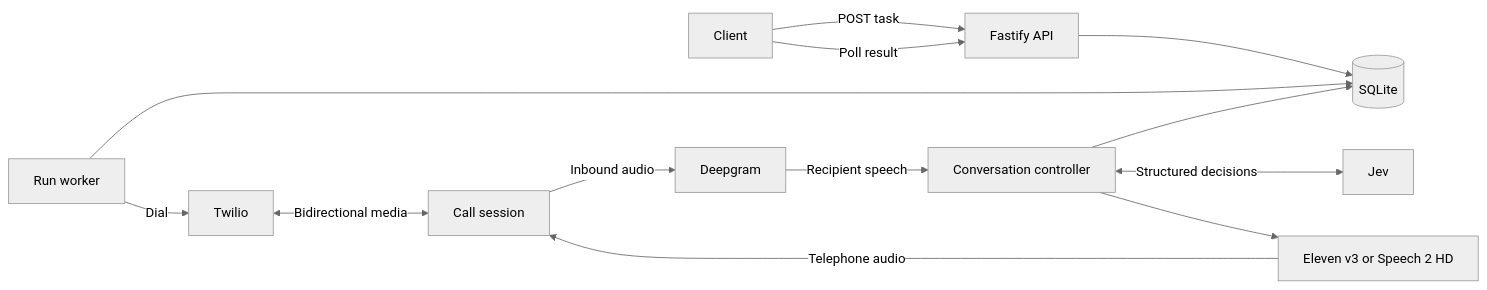
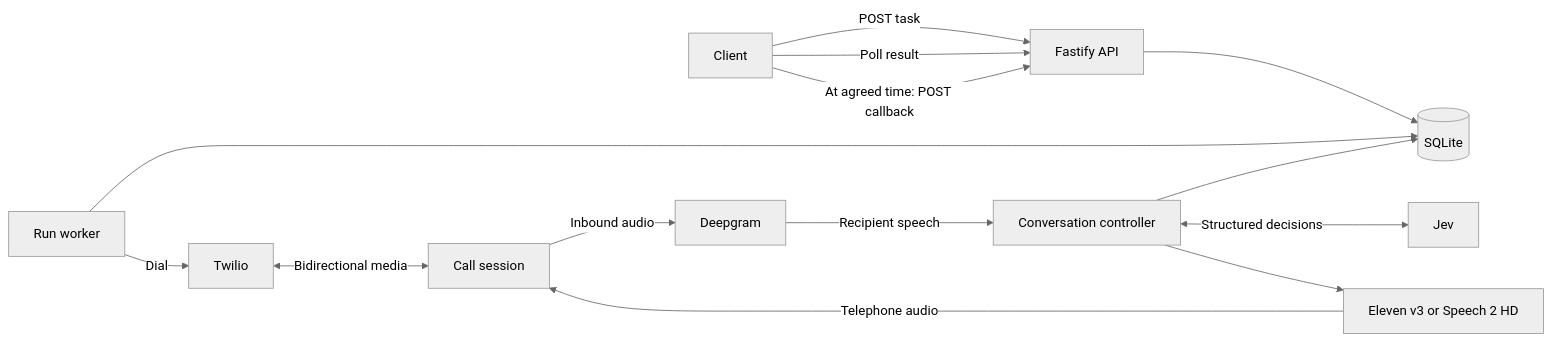
Before and after one commit to RohitJacob/yapper: the diagram in docs/architecture.md, drawn with Mermaid (neutral theme). The commit also changed other lines of this file and 20 other files, not shown here.

````diff
--- a/docs/architecture.md
+++ b/docs/architecture.md
@@ -5,15 +5,16 @@
 ```mermaid
 flowchart LR
   Client -->|POST task| API[Fastify API]
   API --> DB[(SQLite)]
   Worker[Run worker] --> DB
   Worker -->|Dial| Twilio
   Twilio <-->|Bidirectional media| Session[Call session]
   Session -->|Inbound audio| Deepgram
   Deepgram -->|Recipient speech| Policy[Conversation controller]
   Policy <-->|Structured decisions| Jev
   Policy --> TTS[Eleven v3 or Speech 2 HD]
   TTS -->|Telephone audio| Session
   Policy --> DB
   Client -->|Poll result| API
+  Client -->|At agreed time: POST callback| API
 ```
````
